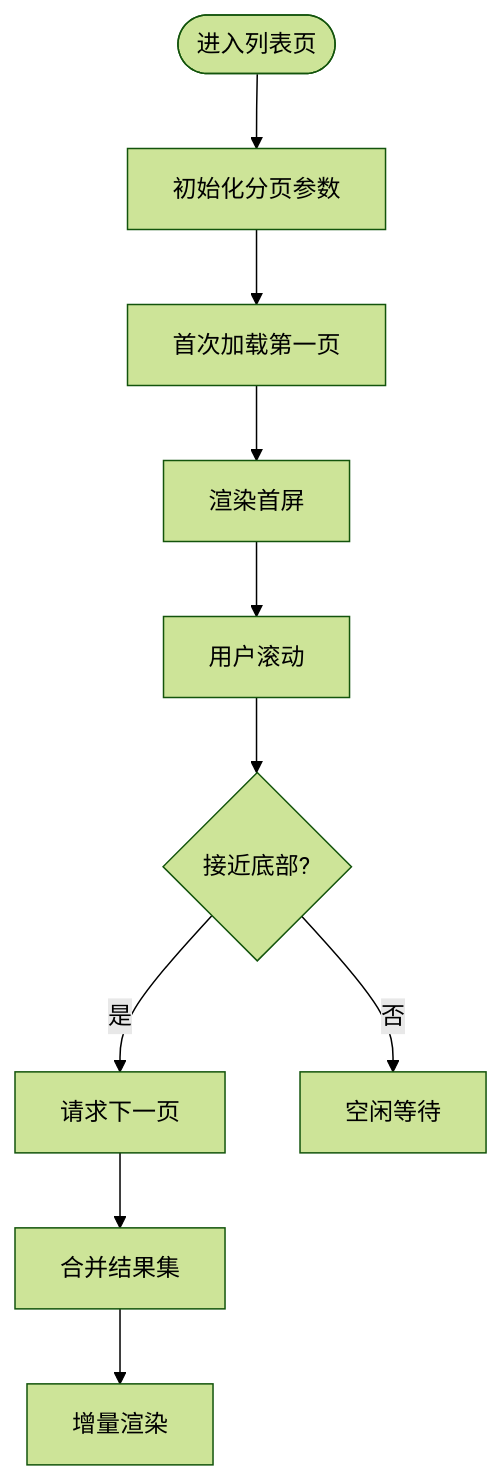
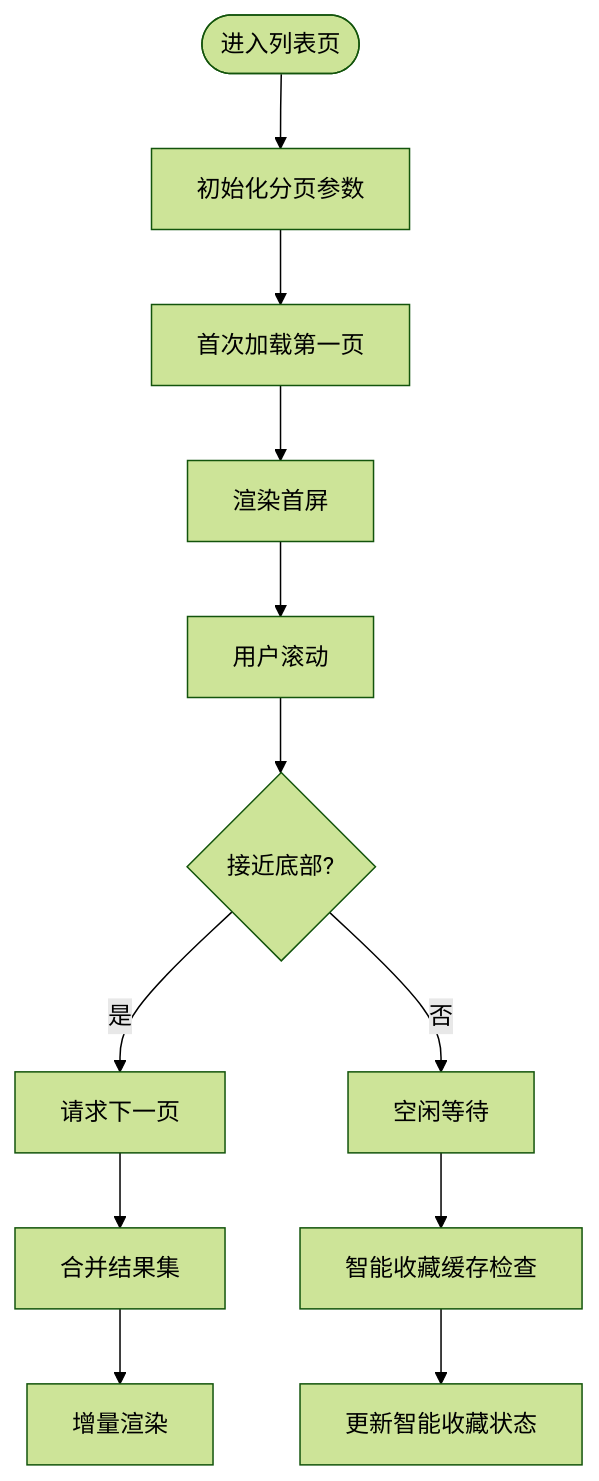
Before and after one commit to ysyhlly/Yukine-android: the ninth of 11 diagrams in .qoder/repowiki/zh/content/架构设计/模块化设计/功能特性模块/音乐库界面模块 (feature_library-ui).md, drawn with Mermaid (forest theme). The commit also changed other lines of this file and 158 other files, not shown here.

````diff
--- a/.qoder/repowiki/zh/content/架构设计/模块化设计/功能特性模块/音乐库界面模块 (feature_library-ui).md
+++ b/.qoder/repowiki/zh/content/架构设计/模块化设计/功能特性模块/音乐库界面模块 (feature_library-ui).md
@@ -324,12 +373,14 @@
 ```mermaid
 flowchart TD
 Entry(["进入列表页"]) --> Init["初始化分页参数"]
 Init --> FirstLoad["首次加载第一页"]
 FirstLoad --> RenderFirst["渲染首屏"]
 RenderFirst --> Scroll["用户滚动"]
 Scroll --> Threshold{"接近底部?"}
 Threshold --> |是| NextPage["请求下一页"]
 NextPage --> Merge["合并结果集"]
 Merge --> RenderNext["增量渲染"]
 Threshold --> |否| Idle["空闲等待"]
+Idle --> SmartCache["智能收藏缓存检查"]
+SmartCache --> Update["更新智能收藏状态"]
 ```
````
